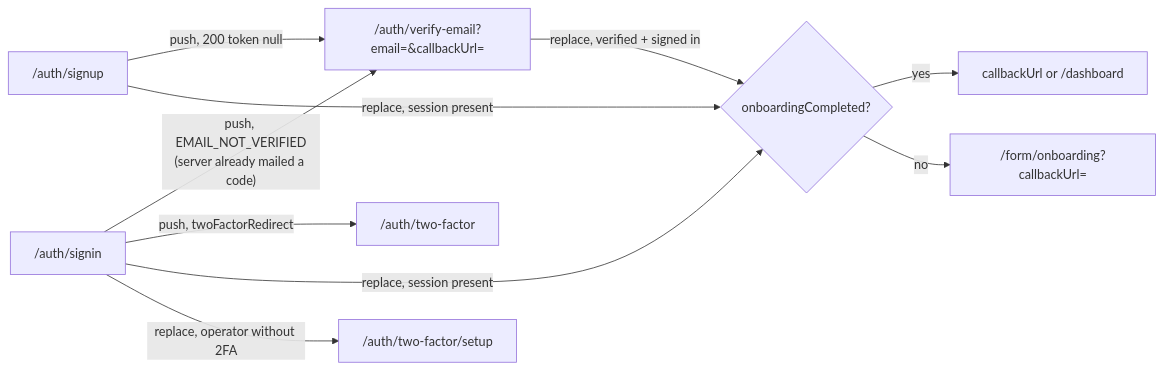
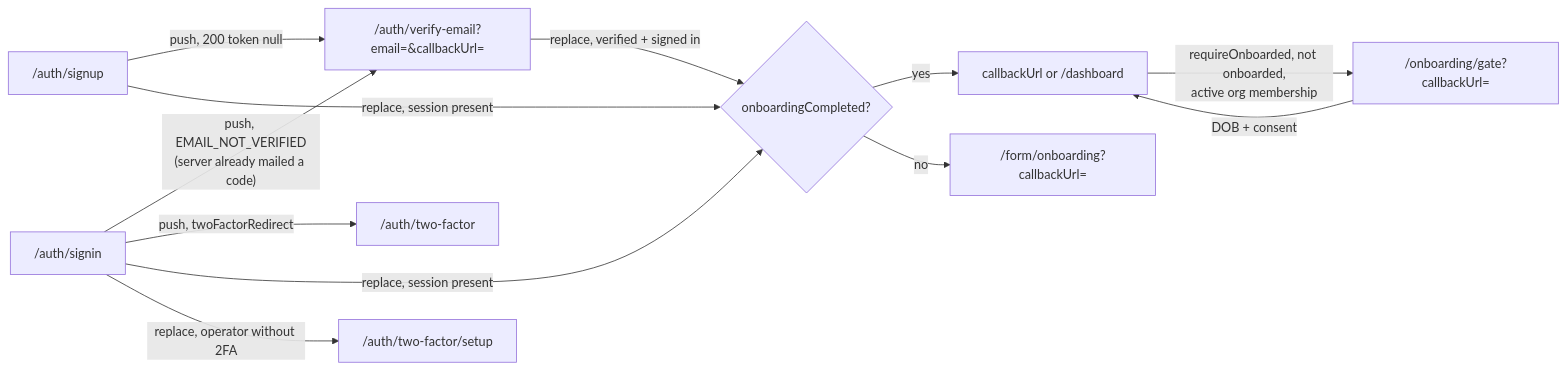
Before and after one commit to Practitionist/familiarise_web: the first of 2 diagrams in docs/authentication/redirects-and-navigation.md, drawn with Mermaid. The commit also changed other lines of this file and 34 other files, not shown here.

````diff
--- a/docs/authentication/redirects-and-navigation.md
+++ b/docs/authentication/redirects-and-navigation.md
@@ -9,12 +9,14 @@
 ```mermaid
 flowchart LR
   SU["/auth/signup"] -- "push, 200 token null" --> VE["/auth/verify-email?email=&callbackUrl="]
   SI["/auth/signin"] -- "push, EMAIL_NOT_VERIFIED<br/>(server already mailed a code)" --> VE
   SI -- "push, twoFactorRedirect" --> TF["/auth/two-factor"]
   VE -- "replace, verified + signed in" --> DEST{"onboardingCompleted?"}
   SI -- "replace, session present" --> DEST
   SU -- "replace, session present" --> DEST
   DEST -- yes --> CB["callbackUrl or /dashboard"]
   DEST -- no --> ON["/form/onboarding?callbackUrl="]
   SI -- "replace, operator without 2FA" --> TFS["/auth/two-factor/setup"]
+  CB -- "requireOnboarded, not onboarded,<br/>active org membership" --> GATE["/onboarding/gate?callbackUrl="]
+  GATE -- "DOB + consent" --> CB
 ```
````
